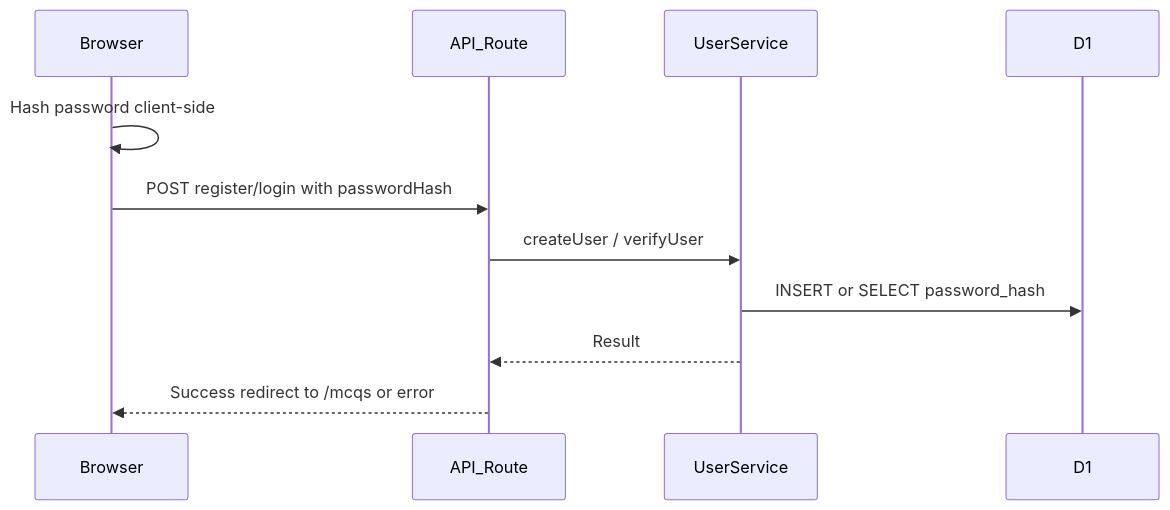
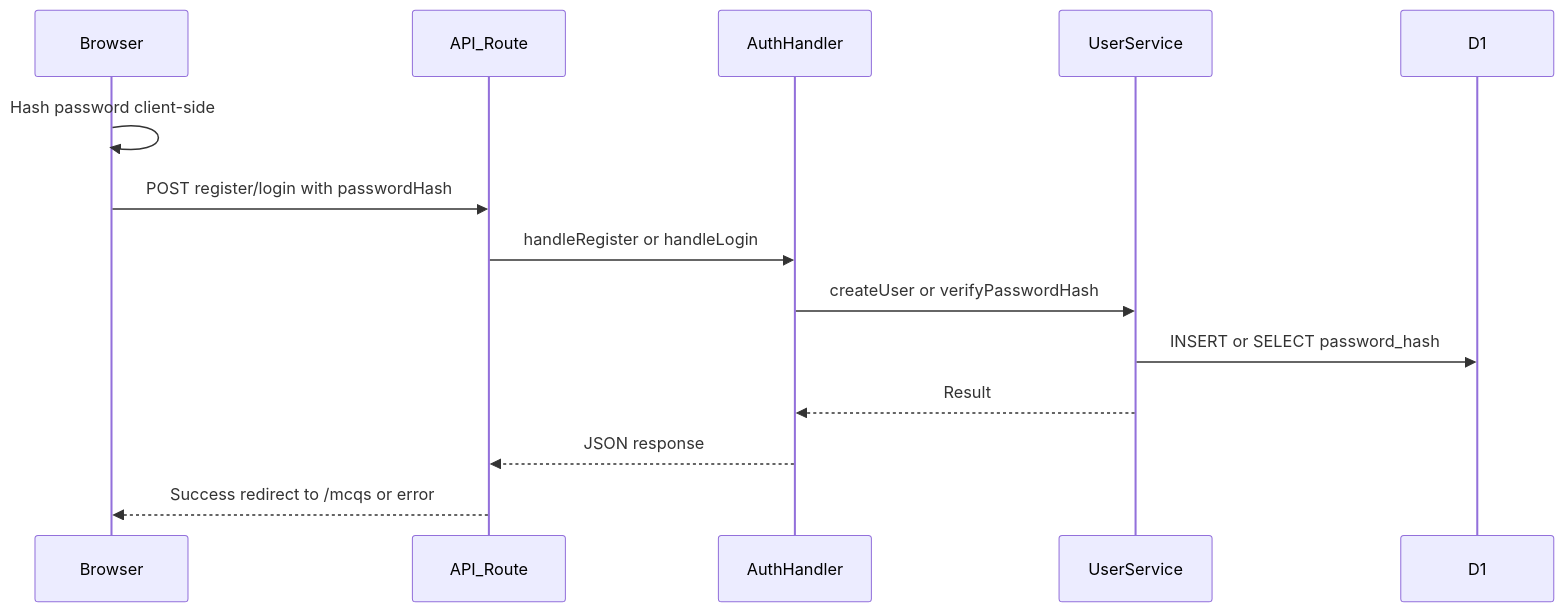
The third of 3 diagrams in ai-workspace/register-login-logout_prd.md (HMS888-coder/ES-AI-Work), drawn with Mermaid before and after one commit. The commit also changed other lines of this file and 16 other files, not shown here.

````diff
--- a/ai-workspace/register-login-logout_prd.md
+++ b/ai-workspace/register-login-logout_prd.md
@@ -482,14 +1237,33 @@
 ```mermaid
+
 sequenceDiagram
+
     participant Browser
+
     participant API as API_Route
+
+    participant Handler as AuthHandler
+
     participant UserSvc as UserService
+
     participant D1
 
+
+
     Browser->>Browser: Hash password client-side
+
     Browser->>API: POST register/login with passwordHash
-    API->>UserSvc: createUser / verifyUser
+
+    API->>Handler: handleRegister or handleLogin
+
+    Handler->>UserSvc: createUser or verifyPasswordHash
+
     UserSvc->>D1: INSERT or SELECT password_hash
-    UserSvc-->>API: Result
+
+    UserSvc-->>Handler: Result
+
+    Handler-->>API: JSON response
+
     API-->>Browser: Success redirect to /mcqs or error
+
 ```
````
